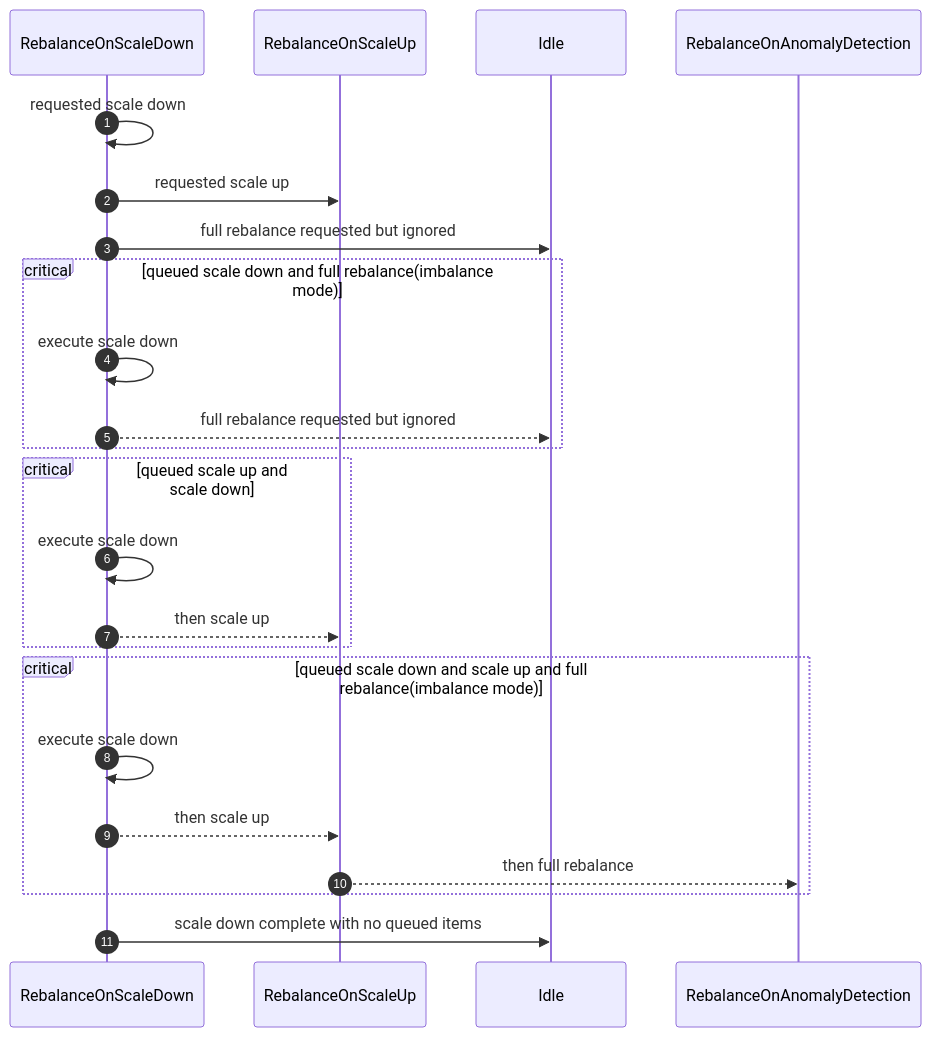
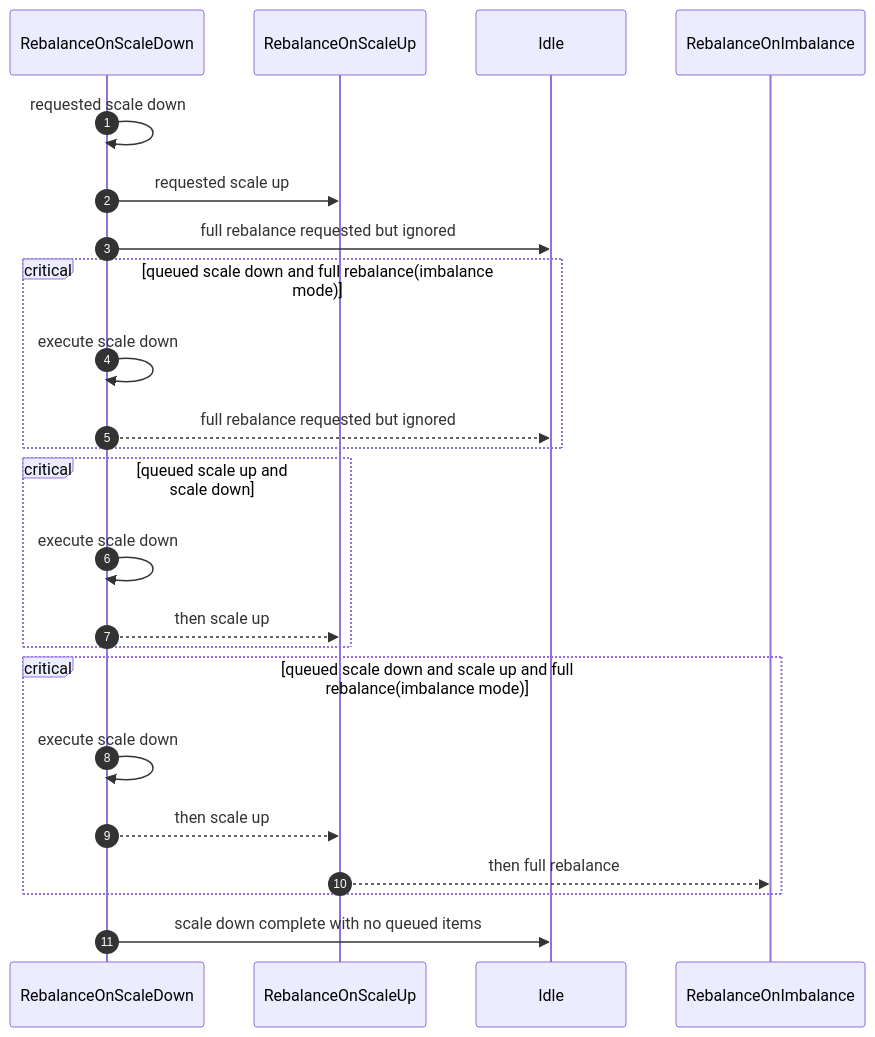
Before and after one commit to strimzi/proposals: the second of 6 diagrams in 106-auto-rebalance-on-imbalanced-clusters.md, drawn with Mermaid. The commit also changed other lines of this file, not shown here.

````diff
--- a/106-auto-rebalance-on-imbalanced-clusters.md
+++ b/106-auto-rebalance-on-imbalanced-clusters.md
@@ -327,21 +332,21 @@
 ```mermaid
 sequenceDiagram
   autonumber
   RebalanceOnScaleDown->>RebalanceOnScaleDown: requested scale down
   RebalanceOnScaleDown->>RebalanceOnScaleUp: requested scale up
   RebalanceOnScaleDown->>Idle: full rebalance requested but ignored
   critical queued scale down and full rebalance(imbalance mode)
     RebalanceOnScaleDown->>RebalanceOnScaleDown: execute scale down
     RebalanceOnScaleDown-->>Idle: full rebalance requested but ignored
   end
   critical queued scale up and scale down
     RebalanceOnScaleDown->>RebalanceOnScaleDown: execute scale down
     RebalanceOnScaleDown-->>RebalanceOnScaleUp: then scale up
   end
   critical queued scale down and scale up and full rebalance(imbalance mode)
     RebalanceOnScaleDown->>RebalanceOnScaleDown: execute scale down
     RebalanceOnScaleDown-->>RebalanceOnScaleUp: then scale up
-    RebalanceOnScaleUp-->>RebalanceOnAnomalyDetection: then full rebalance
+    RebalanceOnScaleUp-->>RebalanceOnImbalance: then full rebalance
   end
   RebalanceOnScaleDown->>Idle: scale down complete with no queued items
 ```
````
